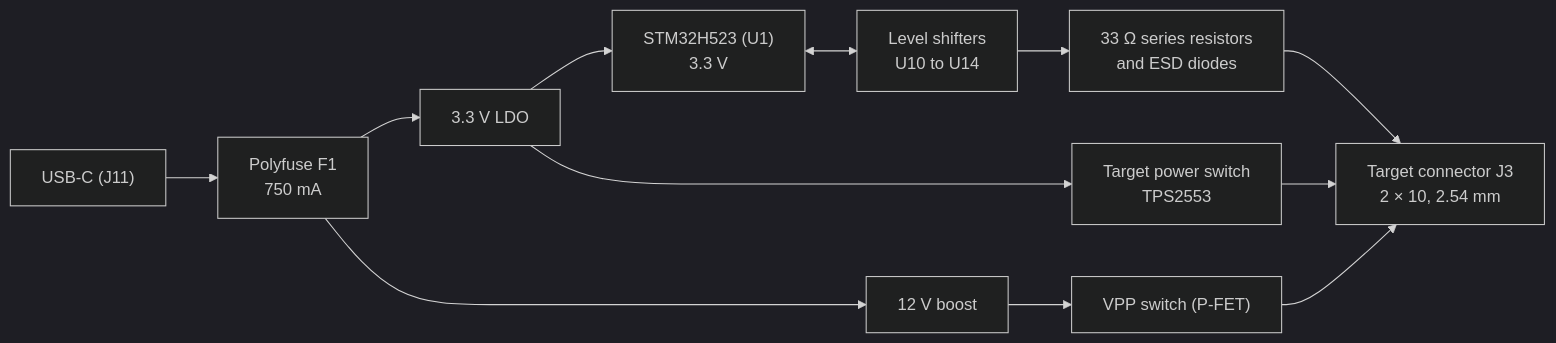
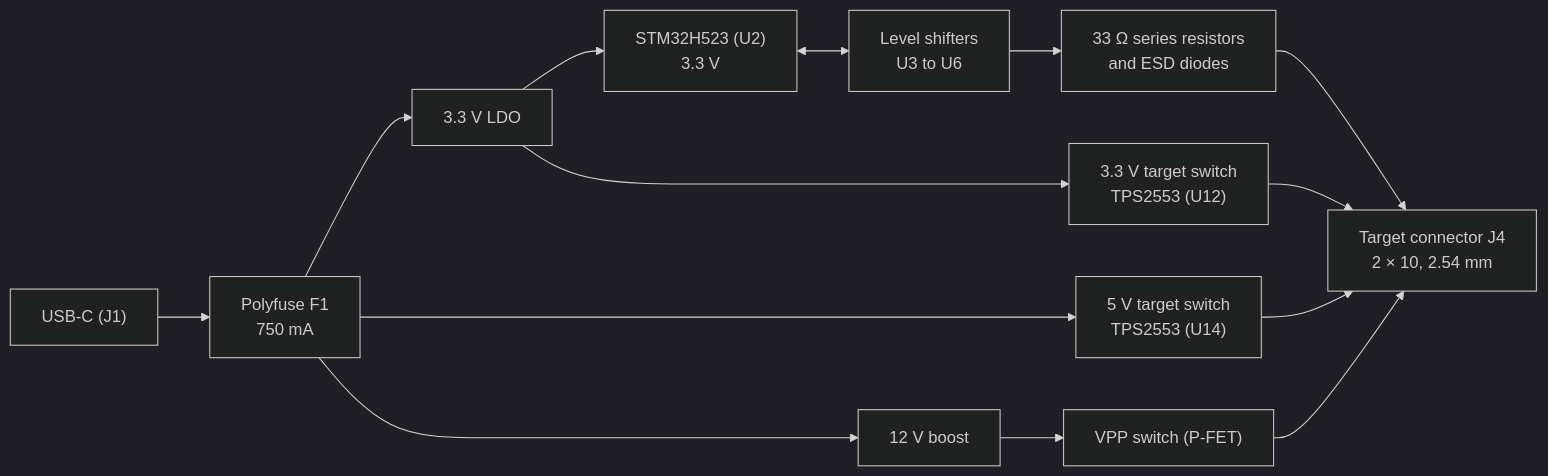
One commit to OpenMUPP/openmupp-v1 changed the diagram in README.md. Above: the diagram before and after it, drawn with Mermaid (dark theme). The commit also changed other lines of this file and 1 other file, not shown here.

Commit message:
docs: correct README and CLAUDE.md against the schematic netlist

````diff
--- a/README.md
+++ b/README.md
@@ -21,14 +21,16 @@
 ```mermaid
 flowchart LR
-    usb["USB-C (J11)"] --> fuse["Polyfuse F1<br/>750 mA"]
+    usb["USB-C (J1)"] --> fuse["Polyfuse F1<br/>750 mA"]
     fuse --> ldo["3.3 V LDO"]
     fuse --> boost["12 V boost"]
-    ldo --> mcu["STM32H523 (U1)<br/>3.3 V"]
-    mcu <--> ls["Level shifters<br/>U10 to U14"]
+    ldo --> mcu["STM32H523 (U2)<br/>3.3 V"]
+    mcu <--> ls["Level shifters<br/>U3 to U6"]
     ls --> esd["33 Ω series resistors<br/>and ESD diodes"]
-    esd --> j3["Target connector J3<br/>2 × 10, 2.54 mm"]
-    ldo --> tps["Target power switch<br/>TPS2553"]
+    esd --> j3["Target connector J4<br/>2 × 10, 2.54 mm"]
+    ldo --> tps["3.3 V target switch<br/>TPS2553 (U12)"]
     tps --> j3
+    fuse --> tps5["5 V target switch<br/>TPS2553 (U14)"]
+    tps5 --> j3
     boost --> vpp["VPP switch (P-FET)"]
     vpp --> j3
 ```
````
